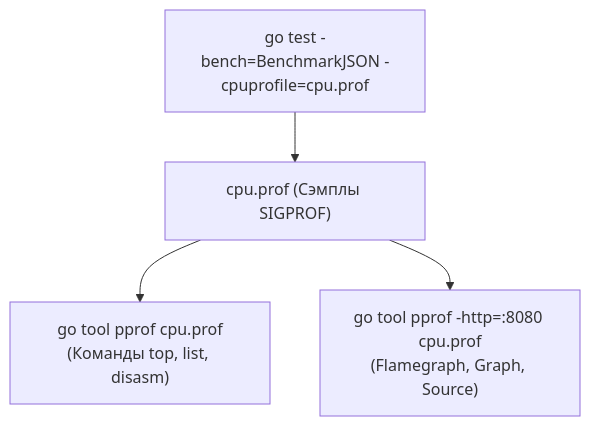
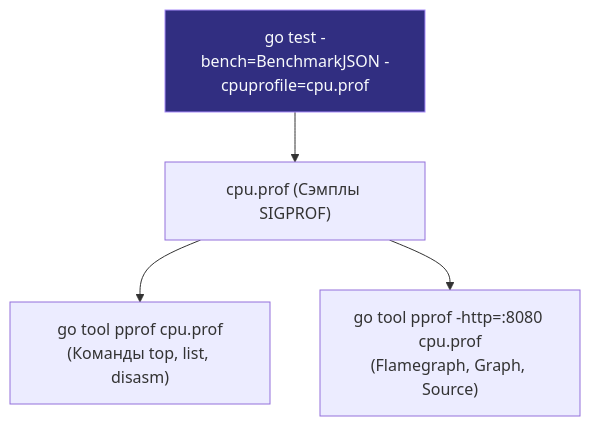
One commit to UnrealTemplier/go-textbook changed the third of 5 diagrams in sources/16. Профилирование, отладка и производительность/02. Benchmarking/7. Профилирование внутри benchmark.md. Above: the diagram before and after it, drawn with Mermaid. The commit also changed other lines of this file and 1666 other files, not shown here.

First line of the commit message:
feat(mermaid): add semantic color classDef to 1369 colorless flowchart/graph diagrams

````diff
--- a/sources/16. Профилирование, отладка и производительность/02. Benchmarking/7. Профилирование внутри benchmark.md
+++ b/sources/16. Профилирование, отладка и производительность/02. Benchmarking/7. Профилирование внутри benchmark.md
@@ -121,6 +131,16 @@
 ```mermaid
 flowchart TD
-    RunBench["go test -bench=BenchmarkJSON -cpuprofile=cpu.prof"] --> ProfFile["cpu.prof (Сэмплы SIGPROF)"]
+    classDef process  fill:#1e293b,stroke:#38bdf8,stroke-width:1px,color:#f8fafc
+    classDef success  fill:#064e3b,stroke:#34d399,stroke-width:1px,color:#f8fafc
+    classDef error    fill:#7f1d1d,stroke:#f87171,stroke-width:1px,color:#f8fafc
+    classDef warning  fill:#78350f,stroke:#fbbf24,stroke-width:1px,color:#f8fafc
+    classDef entry    fill:#1e3a5f,stroke:#38bdf8,stroke-width:2px,color:#f8fafc
+    classDef aux      fill:#334155,stroke:#64748b,stroke-width:1px,color:#f8fafc
+    classDef system   fill:#312e81,stroke:#a78bfa,stroke-width:1px,color:#f8fafc
+    classDef data     fill:#132d29,stroke:#2dd4bf,stroke-width:1px,color:#f8fafc
+    classDef network  fill:#881337,stroke:#fb7185,stroke-width:1px,color:#f8fafc
+    classDef accent   fill:#1e1b4b,stroke:#818cf8,stroke-width:1px,color:#f8fafc
+    RunBench["go test -bench=BenchmarkJSON -cpuprofile=cpu.prof"]:::system --> ProfFile["cpu.prof (Сэмплы SIGPROF)"]
     ProfFile --> CLI["go tool pprof cpu.prof<br>(Команды top, list, disasm)"]
     ProfFile --> WebUI["go tool pprof -http=:8080 cpu.prof<br>(Flamegraph, Graph, Source)"]
 ```
````
